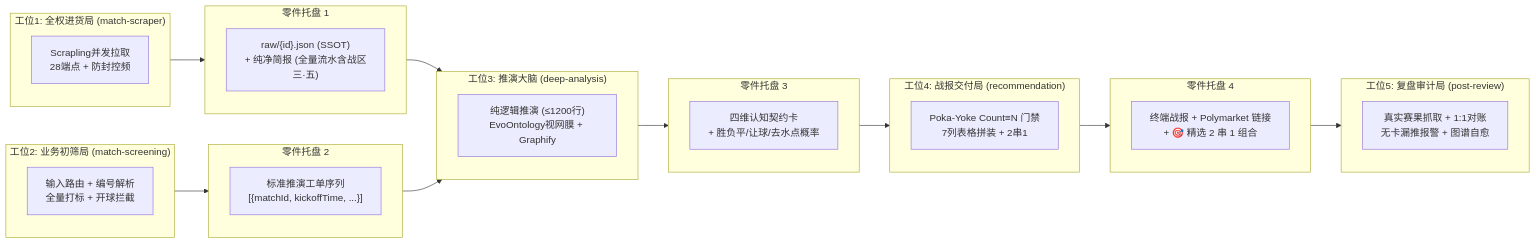
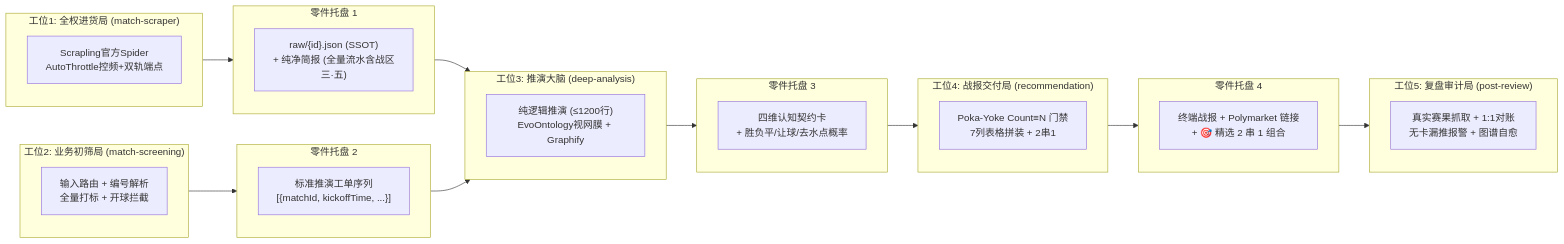
The second of 4 diagrams in README.md (i0ivi0i/supodds), drawn with Mermaid before and after one commit. The commit also changed other lines of this file and 20 other files, not shown here.

````diff
--- a/README.md
+++ b/README.md
@@ -78,38 +78,38 @@
 ```mermaid
 flowchart LR
     subgraph W1 ["工位1: 全权进货局 (match-scraper)"]
-        S1["Scrapling并发拉取<br/>28端点 + 防封控频"]
+        S1["Scrapling官方Spider<br/>AutoThrottle控频+双轨端点"]
     end
     subgraph T1 ["零件托盘 1"]
         D1["raw/{id}.json (SSOT)<br/>+ 纯净简报 (全量流水含战区三·五)"]
     end
     subgraph W2 ["工位2: 业务初筛局 (match-screening)"]
         S2["输入路由 + 编号解析<br/>全量打标 + 开球拦截"]
     end
     subgraph T2 ["零件托盘 2"]
         D2["标准推演工单序列<br/>[{matchId, kickoffTime, ...}]"]
     end
     subgraph W3 ["工位3: 推演大脑 (deep-analysis)"]
         S3["纯逻辑推演 (≤1200行)<br/>EvoOntology视网膜 + Graphify"]
     end
     subgraph T3 ["零件托盘 3"]
         D3["四维认知契约卡<br/>+ 胜负平/让球/去水点概率"]
     end
     subgraph W4 ["工位4: 战报交付局 (recommendation)"]
         S4["Poka-Yoke Count≡N 门禁<br/>7列表格拼装 + 2串1"]
     end
     subgraph T4 ["零件托盘 4"]
         D4["终端战报 + Polymarket 链接<br/>+ 🎯 精选 2 串 1 组合"]
     end
     subgraph W5 ["工位5: 复盘审计局 (post-review)"]
         S5["真实赛果抓取 + 1:1对账<br/>无卡漏推报警 + 图谱自愈"]
     end
 
     W1 --> T1
     W2 --> T2
     T1 & T2 --> W3
     W3 --> T3
     T3 --> W4
     W4 --> T4
     T4 --> W5
 ```
````
